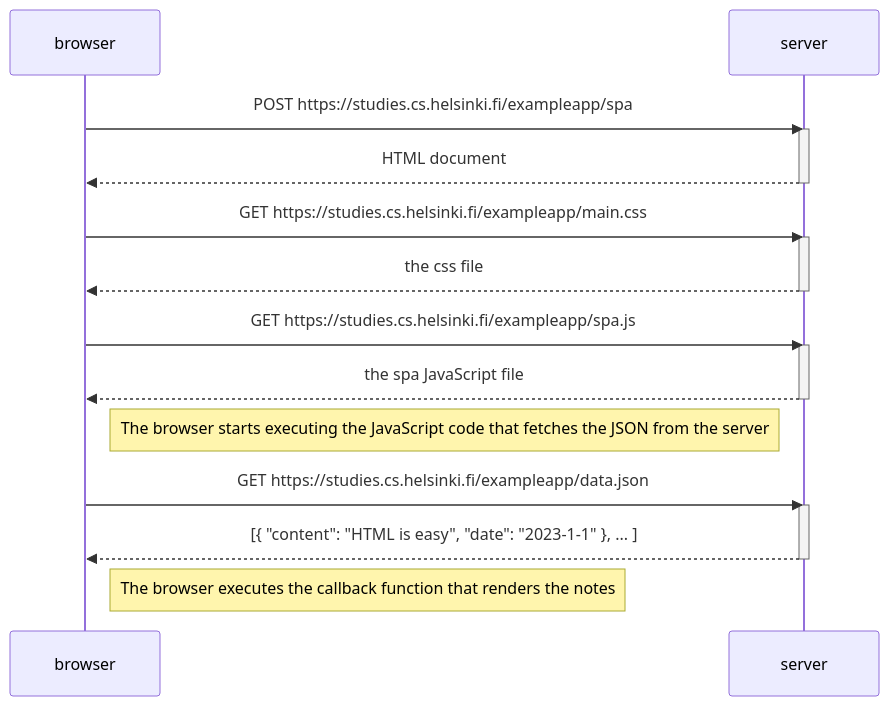
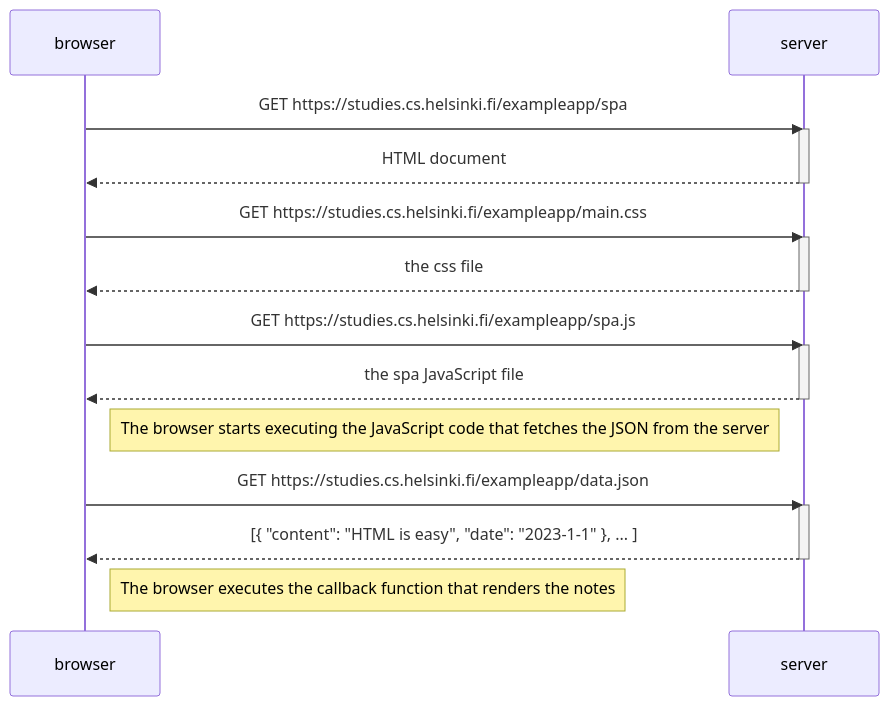
Before and after one commit to Madster973/Fullstack: the diagram in part0/Single-page-app-diagram.md, drawn with Mermaid.

````diff
--- a/part0/Single-page-app-diagram.md
+++ b/part0/Single-page-app-diagram.md
@@ -1,29 +1,29 @@
 ```mermaid
 sequenceDiagram
     participant browser
     participant server
 
-    browser->>server: POST https://studies.cs.helsinki.fi/exampleapp/spa
+    browser->>server: GET https://studies.cs.helsinki.fi/exampleapp/spa
     activate server
     server-->>browser: HTML document
     deactivate server
 
     browser->>server: GET https://studies.cs.helsinki.fi/exampleapp/main.css
     activate server
     server-->>browser: the css file
     deactivate server
 
     browser->>server: GET https://studies.cs.helsinki.fi/exampleapp/spa.js
     activate server
     server-->>browser: the spa JavaScript file
     deactivate server
 
     Note right of browser: The browser starts executing the JavaScript code that fetches the JSON from the server
 
     browser->>server: GET https://studies.cs.helsinki.fi/exampleapp/data.json
     activate server
     server-->>browser: [{ "content": "HTML is easy", "date": "2023-1-1" }, ... ]
     deactivate server
 
     Note right of browser: The browser executes the callback function that renders the notes
 ```
````
